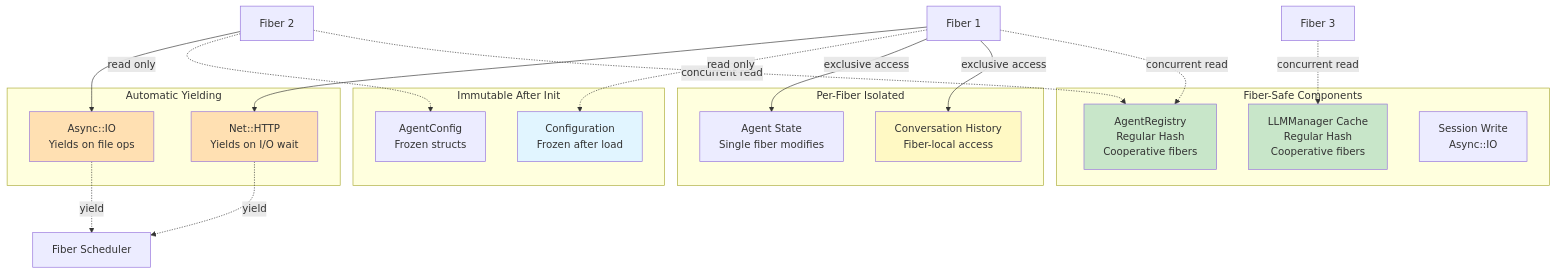
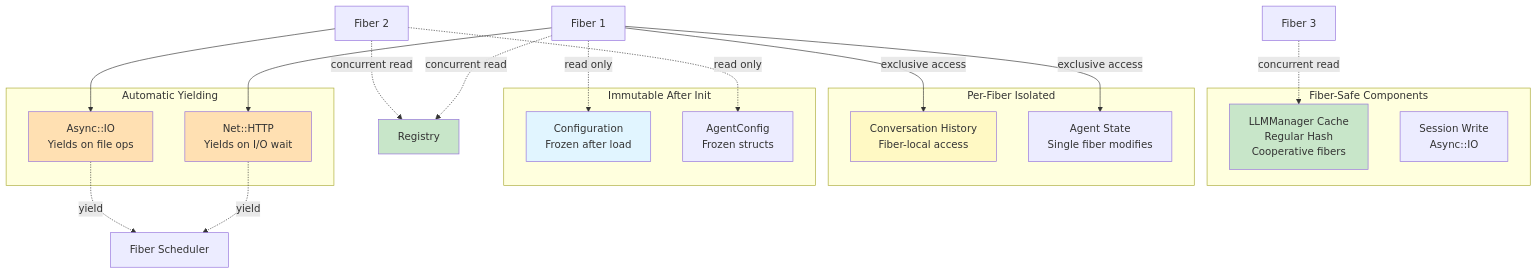
One commit to parruda/claude-swarm changed the ninth of 9 diagrams in docs/swarm_sdk_architecture.md. Above: the diagram before and after it, drawn with Mermaid. The commit also changed other lines of this file and 4 other files, not shown here.

First line of the commit message:
Remove AgentRegistry and update SwarmSDK defaults

````diff
--- a/docs/swarm_sdk_architecture.md
+++ b/docs/swarm_sdk_architecture.md
@@ -2145,45 +2104,44 @@
 ```mermaid
 flowchart TB
     subgraph "Fiber-Safe Components"
-        Registry[AgentRegistry<br/>Regular Hash<br/>Cooperative fibers]
         LLMCache[LLMManager Cache<br/>Regular Hash<br/>Cooperative fibers]
         SessionWrite[Session Write<br/>Async::IO]
     end
 
     subgraph "Per-Fiber Isolated"
         ConvHistory[Conversation History<br/>Fiber-local access]
         AgentState[Agent State<br/>Single fiber modifies]
     end
 
     subgraph "Immutable After Init"
         Config[Configuration<br/>Frozen after load]
         AgentConfig[AgentConfig<br/>Frozen structs]
     end
 
     subgraph "Automatic Yielding"
         NetHTTP[Net::HTTP<br/>Yields on I/O wait]
         AsyncIO[Async::IO<br/>Yields on file ops]
     end
 
     F1[Fiber 1] -.->|concurrent read| Registry
     F2[Fiber 2] -.->|concurrent read| Registry
     F3[Fiber 3] -.->|concurrent read| LLMCache
 
     F1 -->|exclusive access| ConvHistory
     F1 -->|exclusive access| AgentState
 
     F1 -.->|read only| Config
     F2 -.->|read only| AgentConfig
 
     F1 --> NetHTTP
     F2 --> AsyncIO
     NetHTTP -.->|yield| Scheduler[Fiber Scheduler]
     AsyncIO -.->|yield| Scheduler
 
     style Registry fill:#c8e6c9
     style LLMCache fill:#c8e6c9
     style ConvHistory fill:#fff9c4
     style Config fill:#e1f5ff
     style NetHTTP fill:#ffe0b2
     style AsyncIO fill:#ffe0b2
 ```
````
